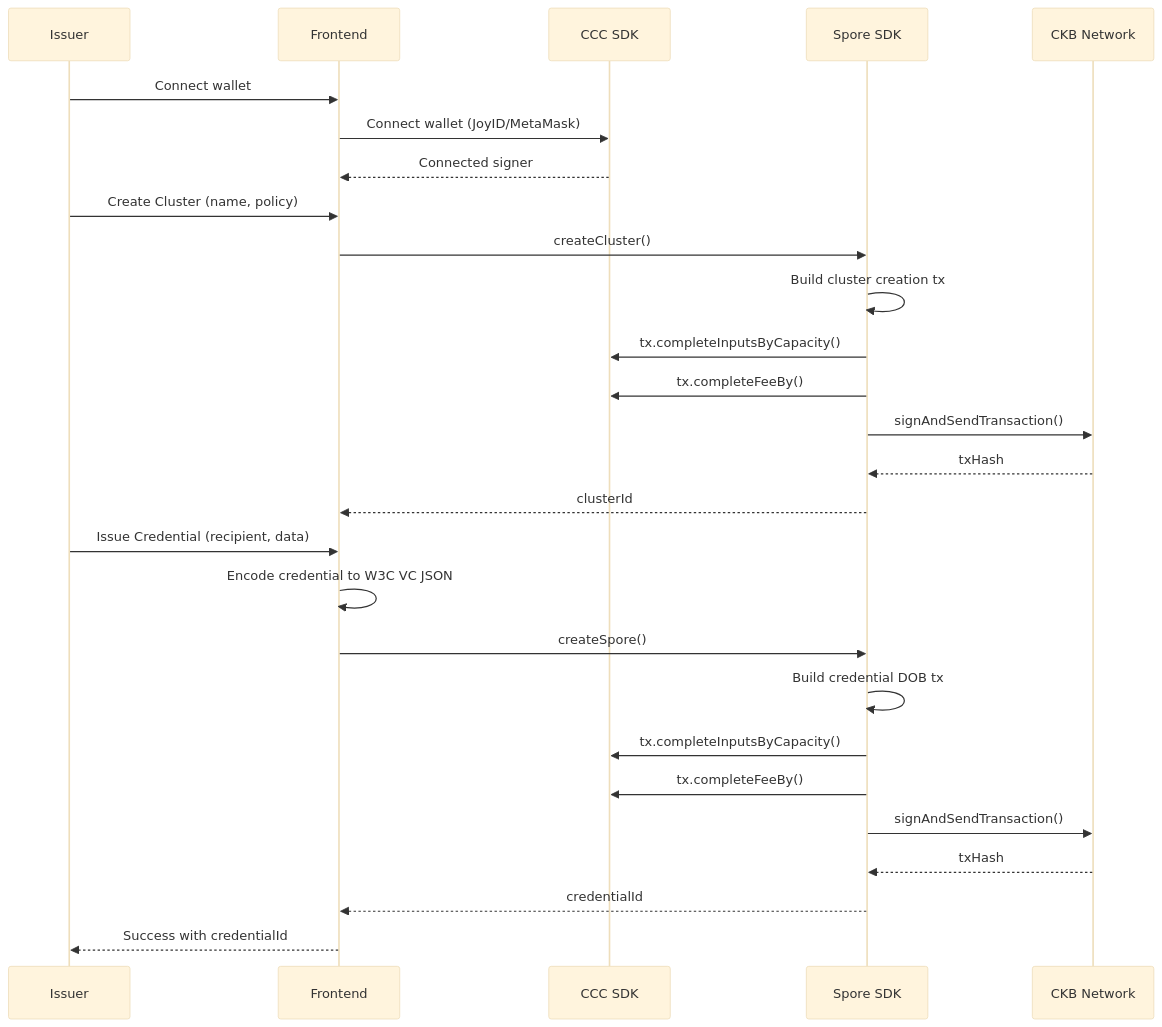
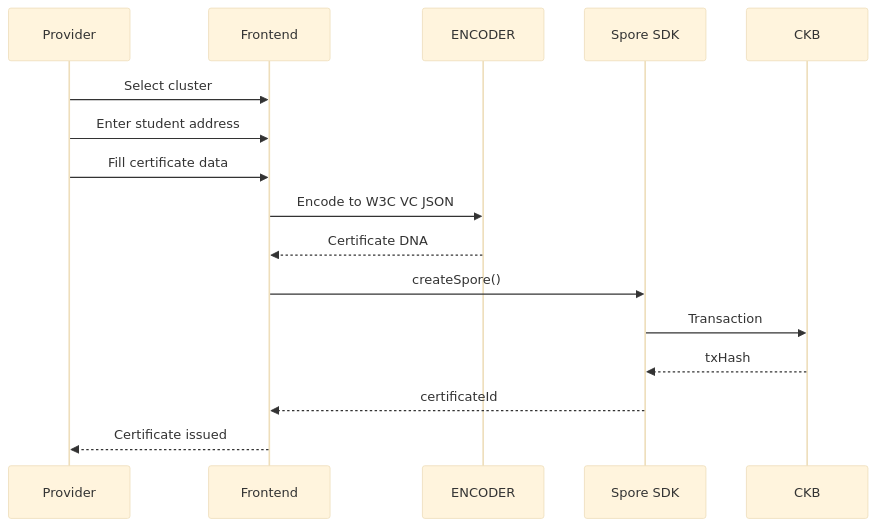
One commit to hiepthach/CertifyCKB changed the seventh of 12 diagrams in Design_spec/Implementation_Architecture.md. Above: the diagram before and after it, drawn with Mermaid (base theme). The commit also changed other lines of this file and 2 other files, not shown here.

First line of the commit message:
refactor: Update project schedule and deliverables for CKB Credential Registry

````diff
--- a/Design_spec/Implementation_Architecture.md
+++ b/Design_spec/Implementation_Architecture.md
@@ -550,32 +473,19 @@
 ```mermaid
 sequenceDiagram
-    participant Issuer
+    participant Provider
     participant Frontend
-    participant CCC as CCC SDK
-    participant Spore as Spore SDK
-    participant CKB as CKB Network
+    participant ENCODER
+    participant SPORE as Spore SDK
+    participant CKB
 
-    Issuer->>Frontend: Connect wallet
-    Frontend->>CCC: Connect wallet (JoyID/MetaMask)
-    CCC-->>Frontend: Connected signer
-
-    Issuer->>Frontend: Create Cluster (name, policy)
-    Frontend->>Spore: createCluster()
-    Spore->>Spore: Build cluster creation tx
-    Spore->>CCC: tx.completeInputsByCapacity()
-    Spore->>CCC: tx.completeFeeBy()
-    Spore->>CKB: signAndSendTransaction()
-    CKB-->>Spore: txHash
-    Spore-->>Frontend: clusterId
-
-    Issuer->>Frontend: Issue Credential (recipient, data)
-    Frontend->>Frontend: Encode credential to W3C VC JSON
-    Frontend->>Spore: createSpore()
-    Spore->>Spore: Build credential DOB tx
-    Spore->>CCC: tx.completeInputsByCapacity()
-    Spore->>CCC: tx.completeFeeBy()
-    Spore->>CKB: signAndSendTransaction()
-    CKB-->>Spore: txHash
-    Spore-->>Frontend: credentialId
-    Frontend-->>Issuer: Success with credentialId
+    Provider->>Frontend: Select cluster
+    Provider->>Frontend: Enter student address
+    Provider->>Frontend: Fill certificate data
+    Frontend->>ENCODER: Encode to W3C VC JSON
+    ENCODER-->>Frontend: Certificate DNA
+    Frontend->>SPORE: createSpore()
+    SPORE->>CKB: Transaction
+    CKB-->>SPORE: txHash
+    SPORE-->>Frontend: certificateId
+    Frontend-->>Provider: Certificate issued
 ```
````
